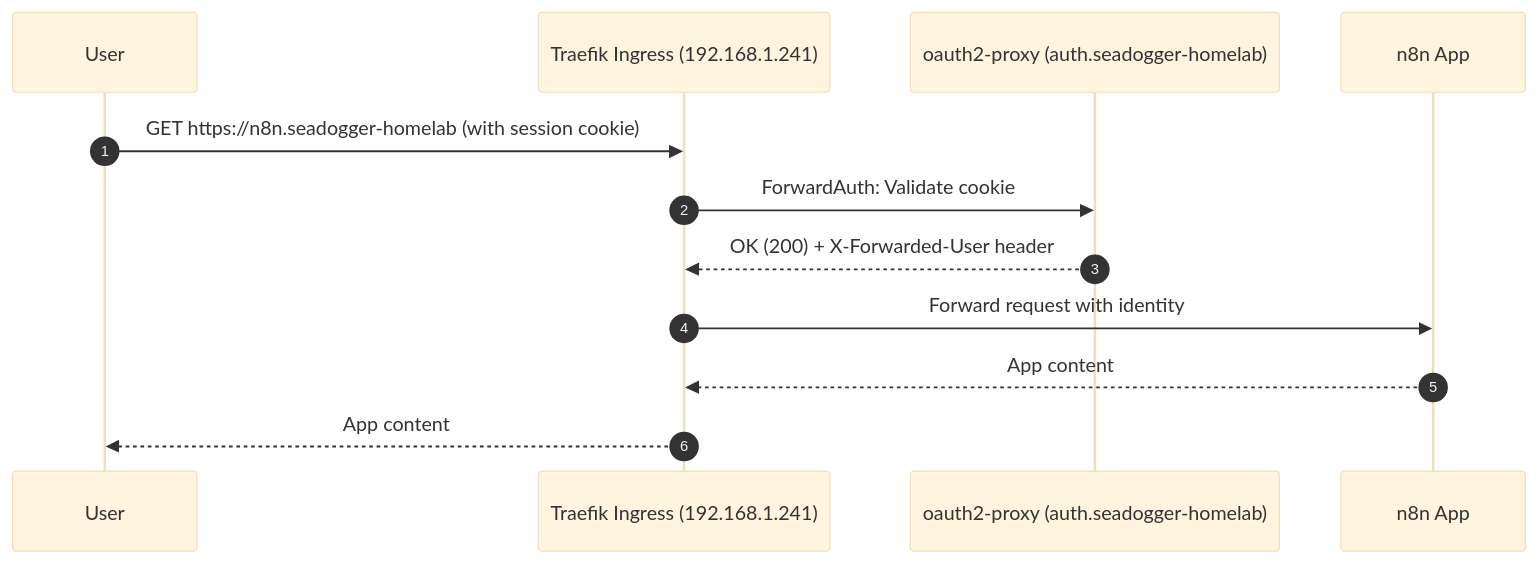
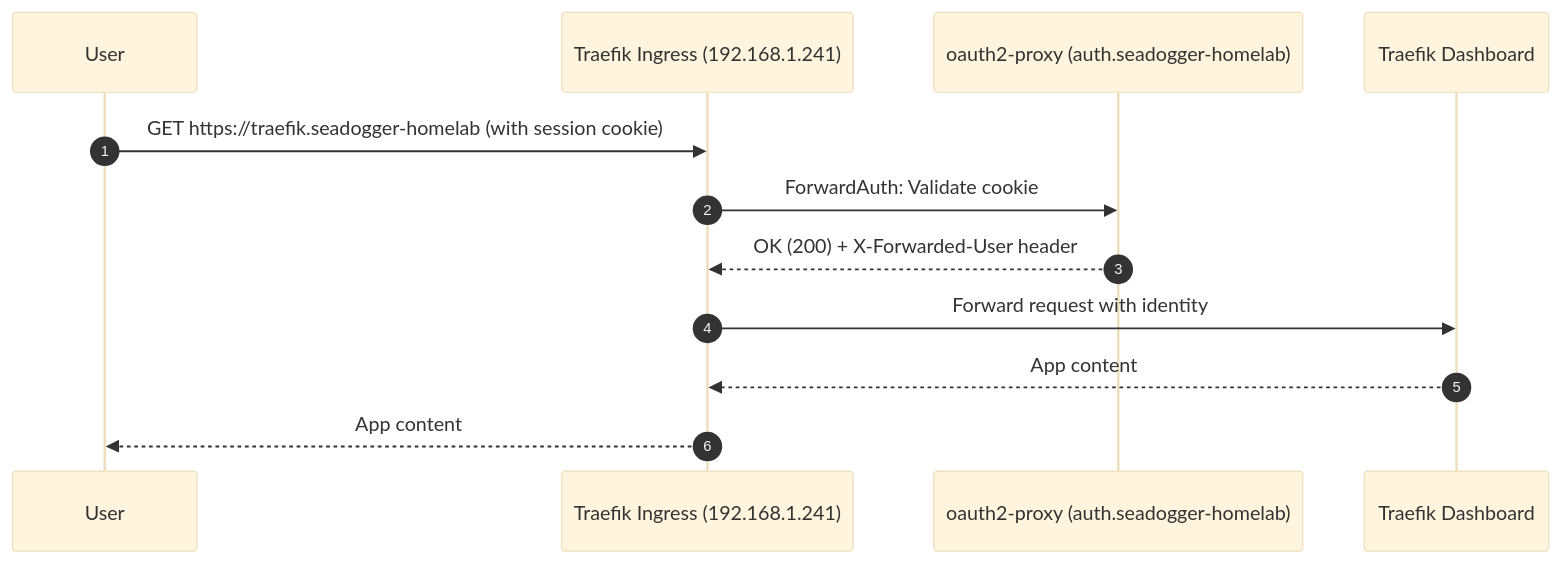
One commit to seadogger-tech/seadogger-homelab changed the seventh of 8 diagrams in docs/wiki/08-Security-and-Certificates.md. Above: the diagram before and after it, drawn with Mermaid (base theme). The commit also changed other lines of this file and 21 other files, not shown here.

````diff
--- a/docs/wiki/08-Security-and-Certificates.md
+++ b/docs/wiki/08-Security-and-Certificates.md
@@ -309,15 +314,15 @@
 ```mermaid
 sequenceDiagram
     autonumber
     participant User
     participant Traefik as Traefik Ingress (192.168.1.241)
     participant OAuth2Proxy as oauth2-proxy (auth.seadogger-homelab)
-    participant N8N as n8n App
+    participant App as Traefik Dashboard
 
-    User->>Traefik: GET https://n8n.seadogger-homelab (with session cookie)
+    User->>Traefik: GET https://traefik.seadogger-homelab (with session cookie)
     Traefik->>OAuth2Proxy: ForwardAuth: Validate cookie
     OAuth2Proxy-->>Traefik: OK (200) + X-Forwarded-User header
-    Traefik->>N8N: Forward request with identity
-    N8N-->>Traefik: App content
+    Traefik->>App: Forward request with identity
+    App-->>Traefik: App content
     Traefik-->>User: App content
 ```
````
